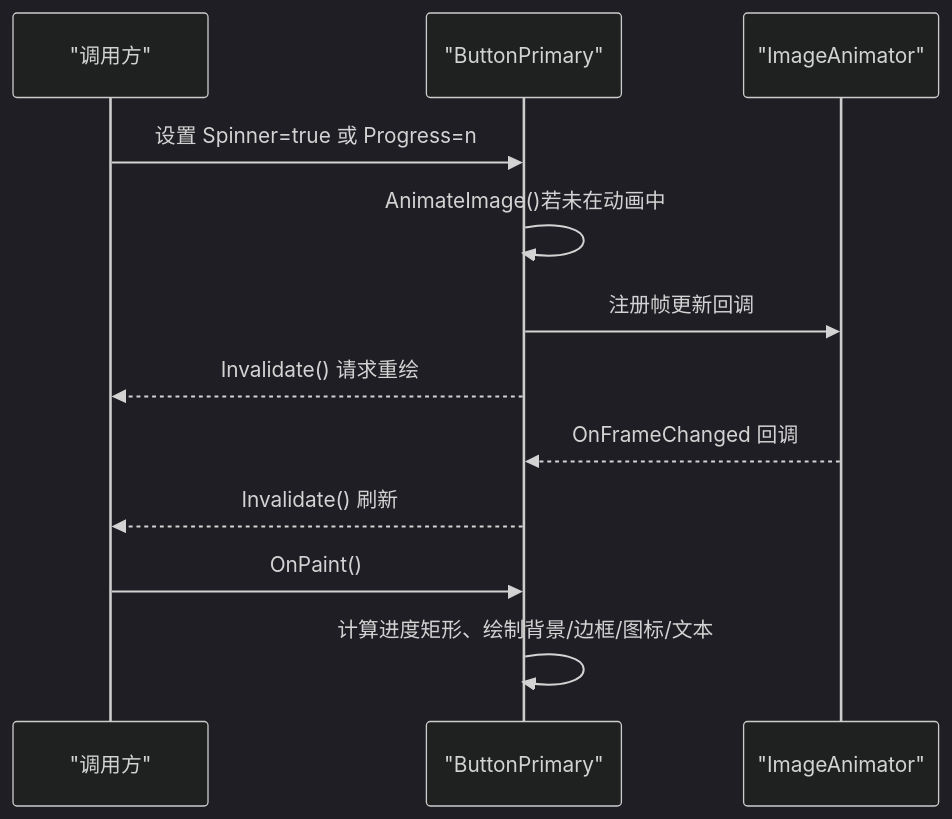
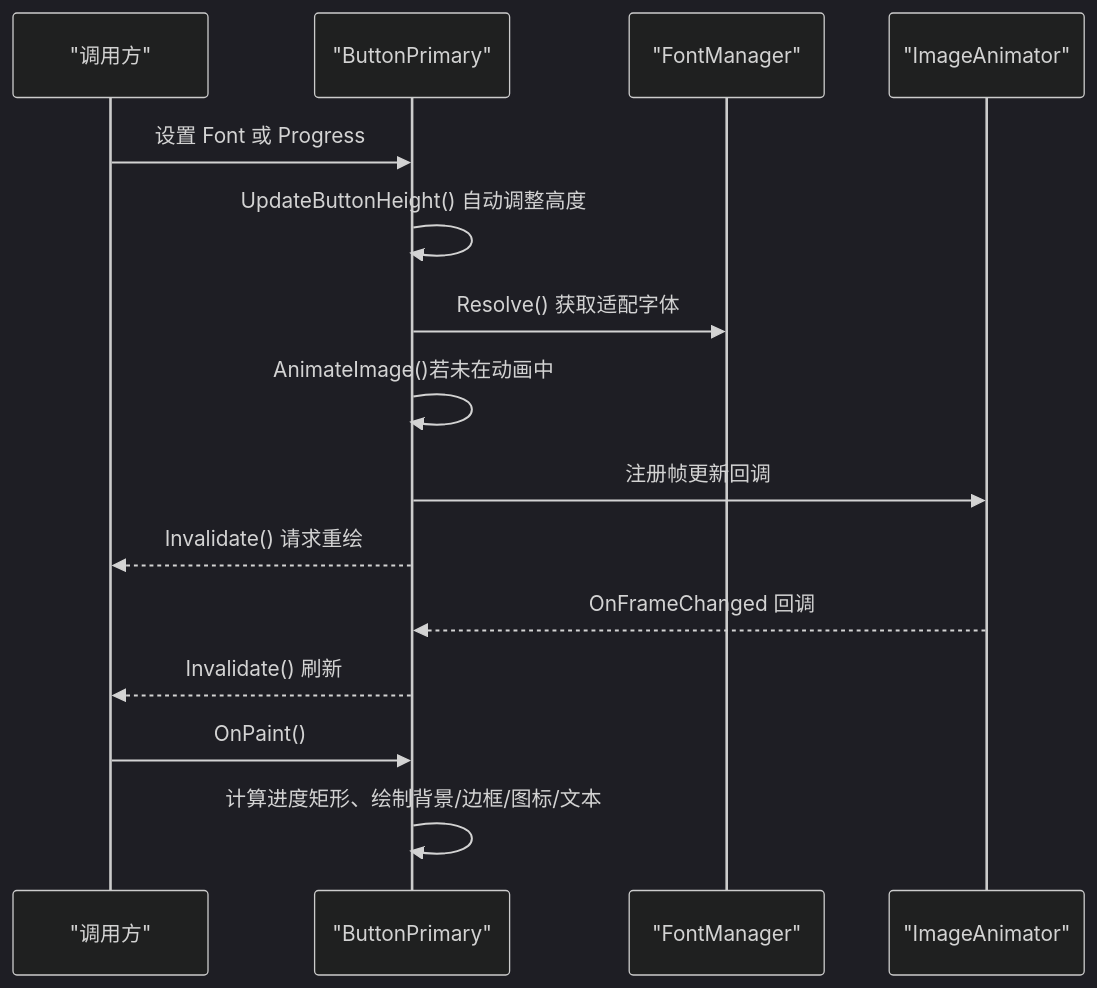
The ninth of 12 diagrams in .qoder/repowiki/zh/content/图形用户界面/自定义控件/自定义控件.md (tea4go/Macro-Deck), drawn with Mermaid (dark theme) before and after one commit. The commit also changed other lines of this file and 63 other files, not shown here.

````diff
--- a/.qoder/repowiki/zh/content/图形用户界面/自定义控件/自定义控件.md
+++ b/.qoder/repowiki/zh/content/图形用户界面/自定义控件/自定义控件.md
@@ -485,14 +484,17 @@
 ```mermaid
 sequenceDiagram
 participant UI as "调用方"
 participant BP as "ButtonPrimary"
+participant FM as "FontManager"
 participant TA as "ImageAnimator"
-UI->>BP : 设置 Spinner=true 或 Progress=n
+UI->>BP : 设置 Font 或 Progress
+BP->>BP : UpdateButtonHeight() 自动调整高度
+BP->>FM : Resolve() 获取适配字体
 BP->>BP : AnimateImage()若未在动画中
 BP->>TA : 注册帧更新回调
 BP-->>UI : Invalidate() 请求重绘
 TA-->>BP : OnFrameChanged 回调
 BP-->>UI : Invalidate() 刷新
 UI->>BP : OnPaint()
 BP->>BP : 计算进度矩形、绘制背景/边框/图标/文本
 ```
````
